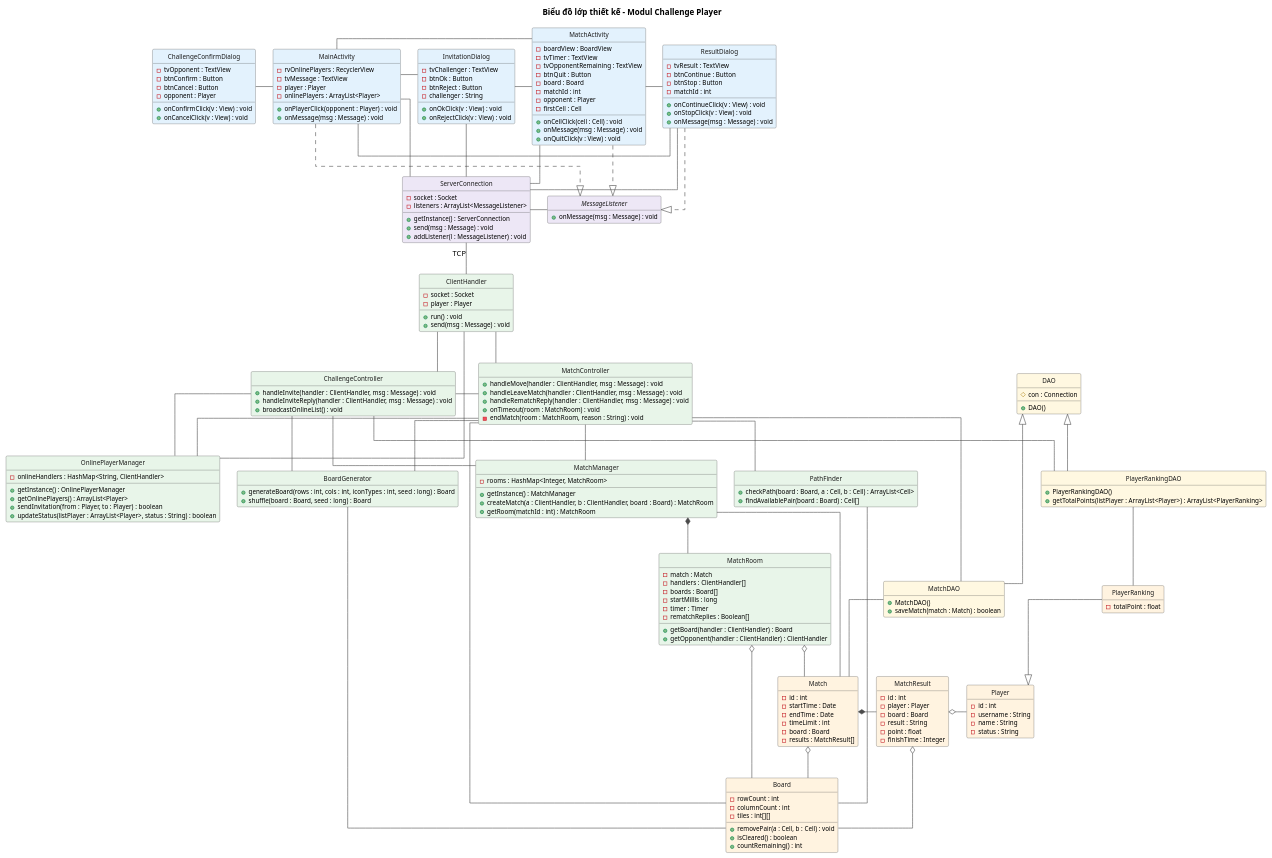
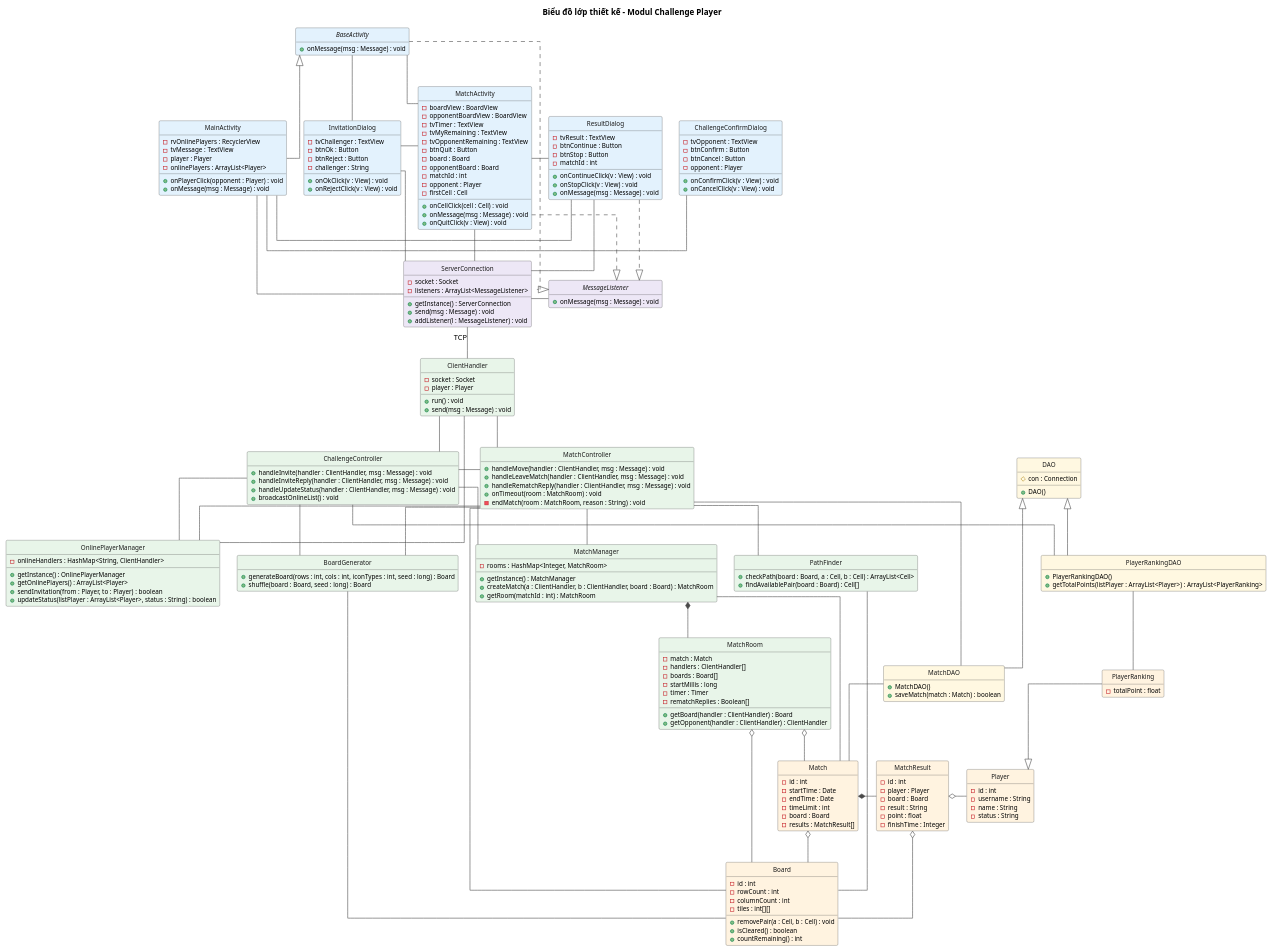
Before and after one commit to VattenL/mobile-pikachu: the diagram in docs/uml/pha3/class-design-m3.puml, drawn with PlantUML. The commit also changed 23 other files, not shown here.

```diff
--- a/docs/uml/pha3/class-design-m3.puml
+++ b/docs/uml/pha3/class-design-m3.puml
@@ -16,6 +16,19 @@
 }
 
 ' ===== Client Android: tang giao dien =====
+class ChallengeConfirmDialog #E3F2FD {
+  - tvOpponent : TextView
+  - btnConfirm : Button
+  - btnCancel : Button
+  - opponent : Player
+  + onConfirmClick(v : View) : void
+  + onCancelClick(v : View) : void
+}
+
+abstract class BaseActivity #E3F2FD {
+  + onMessage(msg : Message) : void
+}
+
 class MainActivity #E3F2FD {
   - rvOnlinePlayers : RecyclerView
   - tvMessage : TextView
@@ -23,15 +36,6 @@
   - onlinePlayers : ArrayList<Player>
   + onPlayerClick(opponent : Player) : void
   + onMessage(msg : Message) : void
-}
-
-class ChallengeConfirmDialog #E3F2FD {
-  - tvOpponent : TextView
-  - btnConfirm : Button
-  - btnCancel : Button
-  - opponent : Player
-  + onConfirmClick(v : View) : void
-  + onCancelClick(v : View) : void
 }
 
 class InvitationDialog #E3F2FD {
@@ -45,10 +49,13 @@
 
 class MatchActivity #E3F2FD {
   - boardView : BoardView
+  - opponentBoardView : BoardView
   - tvTimer : TextView
+  - tvMyRemaining : TextView
   - tvOpponentRemaining : TextView
   - btnQuit : Button
   - board : Board
+  - opponentBoard : Board
   - matchId : int
   - opponent : Player
   - firstCell : Cell
@@ -91,6 +98,7 @@
 class ChallengeController #E8F5E9 {
   + handleInvite(handler : ClientHandler, msg : Message) : void
   + handleInviteReply(handler : ClientHandler, msg : Message) : void
+  + handleUpdateStatus(handler : ClientHandler, msg : Message) : void
   + broadcastOnlineList() : void
 }
 
@@ -185,6 +193,7 @@
 }
 
 class Board #FFF3E0 {
+  - id : int
   - rowCount : int
   - columnCount : int
   - tiles : int[][]
@@ -195,14 +204,15 @@
 
 ' giao dien
 MainActivity -left- ChallengeConfirmDialog
-MainActivity -right- InvitationDialog
+BaseActivity -right- InvitationDialog
 InvitationDialog -right- MatchActivity
 MatchActivity -right- ResultDialog
 ResultDialog -[norank]- MainActivity
-MainActivity ..|> MessageListener
+MainActivity -up-|> BaseActivity
+BaseActivity ..|> MessageListener
 MatchActivity ..|> MessageListener
 ResultDialog ..|> MessageListener
-MainActivity -[norank]- MatchActivity
+BaseActivity -[norank]- MatchActivity
 
 ' giao dien - mang
 MainActivity -down- ServerConnection
```
